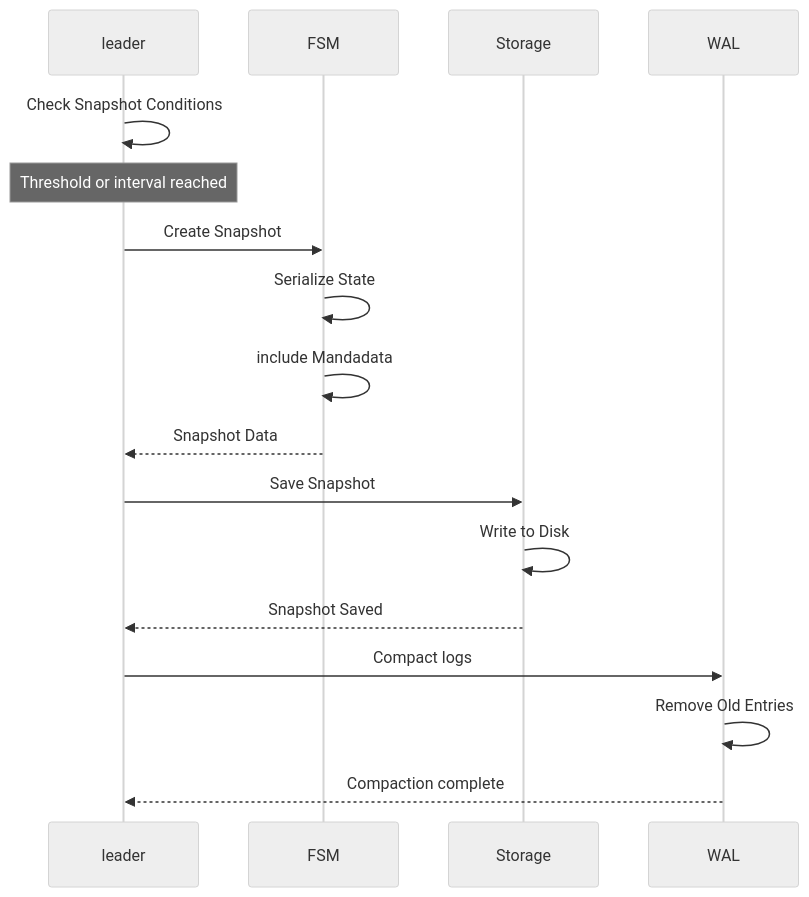
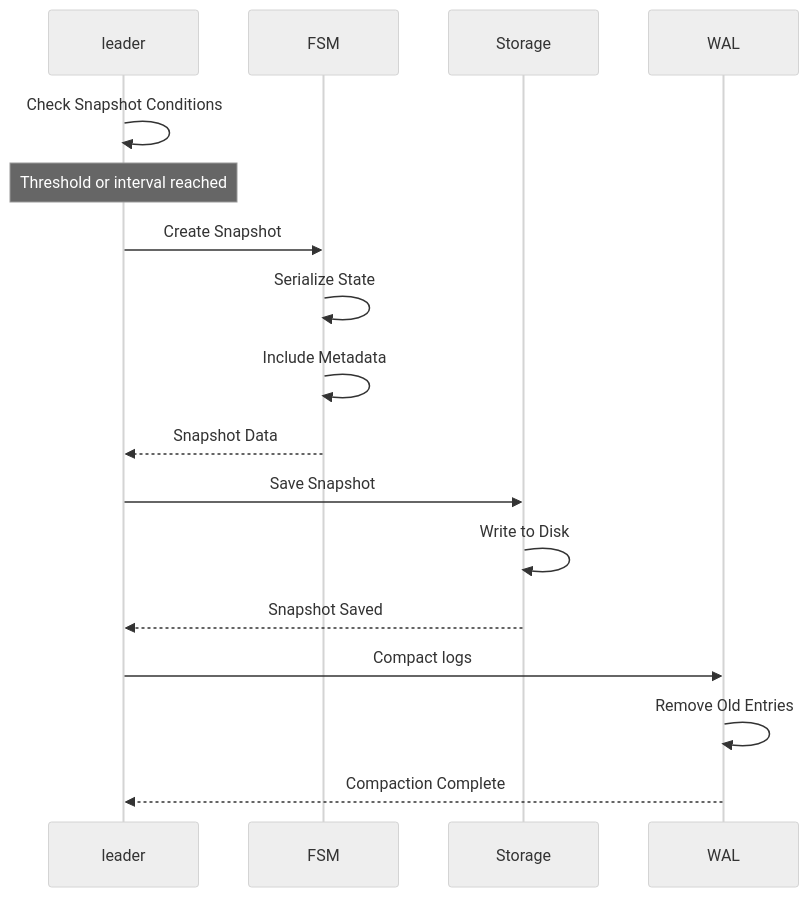
The fifth of 7 diagrams in docs/data-flows.md (formancehq/ledger), drawn with Mermaid (neutral theme) before and after one commit. The commit also changed other lines of this file and 123 other files, not shown here.

````diff
--- a/docs/data-flows.md
+++ b/docs/data-flows.md
@@ -271,23 +271,23 @@
 ```mermaid
 sequenceDiagram
     participant leader
     participant FSM
     participant Storage
     participant WAL
     
     leader->>leader: Check Snapshot Conditions
     Note over leader: Threshold or interval reached
     
     leader->>FSM: Create Snapshot
     FSM->>FSM: Serialize State
-    FSM->>FSM: include Mandadata
+    FSM->>FSM: Include Metadata
     FSM-->>leader: Snapshot Data
     
     leader->>Storage: Save Snapshot
     Storage->>Storage: Write to Disk
     Storage-->>leader: Snapshot Saved
     
     leader->>WAL: Compact logs
     WAL->>WAL: Remove Old Entries
-    WAL-->>leader: Compaction complete
+    WAL-->>leader: Compaction Complete
 ```
````
